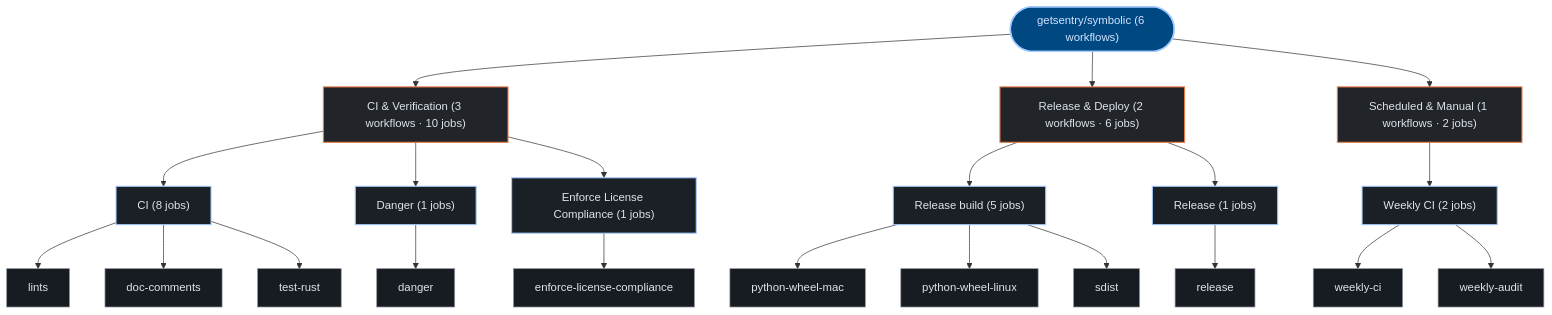
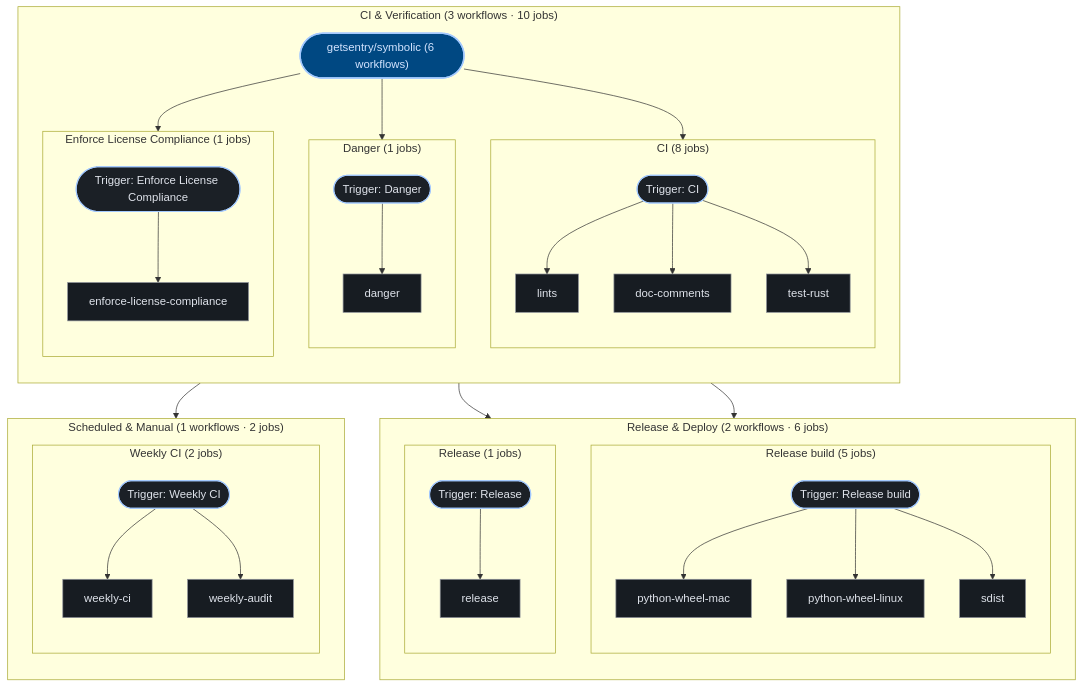
The third of 3 diagrams in exports/latest/reports/getsentry-symbolic-report.md (kumarshaz/atruss-code-atlas), drawn with Mermaid before and after one commit. The commit also changed 181 other files, not shown here.

````diff
--- a/exports/latest/reports/getsentry-symbolic-report.md
+++ b/exports/latest/reports/getsentry-symbolic-report.md
@@ -299,51 +299,72 @@
 ```mermaid
 graph TD;
   classDef atlasRoot fill:#004882,stroke:#a3c9ff,stroke-width:2px,color:#d3e4ff
   classDef atlasCategory fill:#212428,stroke:#E87A48,stroke-width:1.5px,color:#dfe3eb
   classDef atlasWorkflow fill:#1b2026,stroke:#a3c9ff,stroke-width:1.5px,color:#dfe3eb
   classDef atlasJob fill:#171c22,stroke:#8d9199,stroke-width:1px,color:#dfe3eb
   classDef atlasTarget fill:#005227,stroke:#8bd99b,stroke-width:1.5px,color:#a7f6b6
   classDef atlasAlert fill:#93000a,stroke:#ffb4ab,stroke-width:1.5px,color:#ffdad6
   classDef atlasMore fill:#252a31,stroke:#8d9199,stroke-dasharray:4 4,color:#c3c6cf
   pipeline_root(["getsentry/symbolic (6 workflows)"]):::atlasRoot
-  grp_0_CI___Verification["CI & Verification (3 workflows · 10 jobs)"]:::atlasCategory
-  pipeline_root --> grp_0_CI___Verification
-  wf_1_CI["CI (8 jobs)"]:::atlasWorkflow
-  grp_0_CI___Verification --> wf_1_CI
-  job_1_lints["lints"]:::atlasJob
-  job_1_doc_comments["doc-comments"]:::atlasJob
-  job_1_test_rust["test-rust"]:::atlasJob
-  wf_1_CI --> job_1_lints
-  wf_1_CI --> job_1_doc_comments
-  wf_1_CI --> job_1_test_rust
-  wf_2_Danger["Danger (1 jobs)"]:::atlasWorkflow
-  grp_0_CI___Verification --> wf_2_Danger
-  job_2_danger["danger"]:::atlasJob
-  wf_2_Danger --> job_2_danger
-  wf_3_Enforce_License_Compliance["Enforce License Compliance (1 jobs)"]:::atlasWorkflow
-  grp_0_CI___Verification --> wf_3_Enforce_License_Compliance
-  job_3_enforce_license_compliance["enforce-license-compliance"]:::atlasJob
-  wf_3_Enforce_License_Compliance --> job_3_enforce_license_compliance
-  grp_1_Release___Deploy["Release & Deploy (2 workflows · 6 jobs)"]:::atlasCategory
-  pipeline_root --> grp_1_Release___Deploy
-  wf_0_Release_build["Release build (5 jobs)"]:::atlasWorkflow
-  grp_1_Release___Deploy --> wf_0_Release_build
-  job_0_python_wheel_mac["python-wheel-mac"]:::atlasJob
-  job_0_python_wheel_linux["python-wheel-linux"]:::atlasJob
-  job_0_sdist["sdist"]:::atlasJob
-  wf_0_Release_build --> job_0_python_wheel_mac
-  wf_0_Release_build --> job_0_python_wheel_linux
-  wf_0_Release_build --> job_0_sdist
-  wf_4_Release["Release (1 jobs)"]:::atlasWorkflow
-  grp_1_Release___Deploy --> wf_4_Release
-  job_4_release["release"]:::atlasJob
-  wf_4_Release --> job_4_release
-  grp_2_Scheduled___Manual["Scheduled & Manual (1 workflows · 2 jobs)"]:::atlasCategory
-  pipeline_root --> grp_2_Scheduled___Manual
-  wf_5_Weekly_CI["Weekly CI (2 jobs)"]:::atlasWorkflow
-  grp_2_Scheduled___Manual --> wf_5_Weekly_CI
-  job_5_weekly_ci["weekly-ci"]:::atlasJob
-  job_5_weekly_audit["weekly-audit"]:::atlasJob
-  wf_5_Weekly_CI --> job_5_weekly_ci
-  wf_5_Weekly_CI --> job_5_weekly_audit
+  subgraph sg_grp_0_CI___Verification["CI & Verification (3 workflows · 10 jobs)"]
+    direction TB
+    subgraph sg_wf_1_CI["CI (8 jobs)"]
+      direction TB
+      wf_1_CI(["Trigger: CI"]):::atlasWorkflow
+      job_1_lints["lints"]:::atlasJob
+      job_1_doc_comments["doc-comments"]:::atlasJob
+      job_1_test_rust["test-rust"]:::atlasJob
+      wf_1_CI --> job_1_lints
+      wf_1_CI --> job_1_doc_comments
+      wf_1_CI --> job_1_test_rust
+    end
+    pipeline_root --> wf_1_CI
+    subgraph sg_wf_2_Danger["Danger (1 jobs)"]
+      direction TB
+      wf_2_Danger(["Trigger: Danger"]):::atlasWorkflow
+      job_2_danger["danger"]:::atlasJob
+      wf_2_Danger --> job_2_danger
+    end
+    pipeline_root --> wf_2_Danger
+    subgraph sg_wf_3_Enforce_License_Compliance["Enforce License Compliance (1 jobs)"]
+      direction TB
+      wf_3_Enforce_License_Compliance(["Trigger: Enforce License Compliance"]):::atlasWorkflow
+      job_3_enforce_license_compliance["enforce-license-compliance"]:::atlasJob
+      wf_3_Enforce_License_Compliance --> job_3_enforce_license_compliance
+    end
+    pipeline_root --> wf_3_Enforce_License_Compliance
+  end
+  subgraph sg_grp_1_Release___Deploy["Release & Deploy (2 workflows · 6 jobs)"]
+    direction TB
+    subgraph sg_wf_0_Release_build["Release build (5 jobs)"]
+      direction TB
+      wf_0_Release_build(["Trigger: Release build"]):::atlasWorkflow
+      job_0_python_wheel_mac["python-wheel-mac"]:::atlasJob
+      job_0_python_wheel_linux["python-wheel-linux"]:::atlasJob
+      job_0_sdist["sdist"]:::atlasJob
+      wf_0_Release_build --> job_0_python_wheel_mac
+      wf_0_Release_build --> job_0_python_wheel_linux
+      wf_0_Release_build --> job_0_sdist
+    end
+    pipeline_root --> wf_0_Release_build
+    subgraph sg_wf_4_Release["Release (1 jobs)"]
+      direction TB
+      wf_4_Release(["Trigger: Release"]):::atlasWorkflow
+      job_4_release["release"]:::atlasJob
+      wf_4_Release --> job_4_release
+    end
+    pipeline_root --> wf_4_Release
+  end
+  subgraph sg_grp_2_Scheduled___Manual["Scheduled & Manual (1 workflows · 2 jobs)"]
+    direction TB
+    subgraph sg_wf_5_Weekly_CI["Weekly CI (2 jobs)"]
+      direction TB
+      wf_5_Weekly_CI(["Trigger: Weekly CI"]):::atlasWorkflow
+      job_5_weekly_ci["weekly-ci"]:::atlasJob
+      job_5_weekly_audit["weekly-audit"]:::atlasJob
+      wf_5_Weekly_CI --> job_5_weekly_ci
+      wf_5_Weekly_CI --> job_5_weekly_audit
+    end
+    pipeline_root --> wf_5_Weekly_CI
+  end
 ```
````
